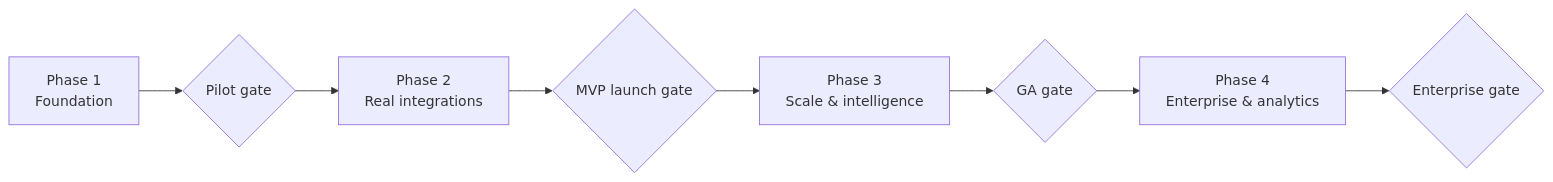
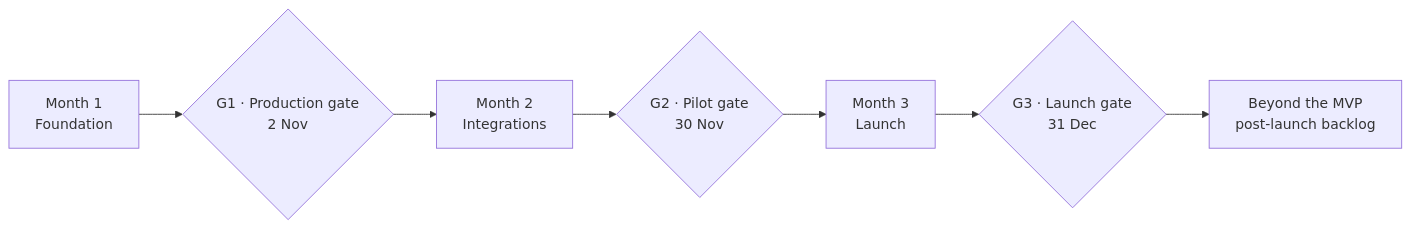
Before and after one commit to adarsh-dev-hs/sell-easy-docs: the second of 2 diagrams in content/docs/roadmap/index.mdx, drawn with Mermaid. The commit also changed other lines of this file and 35 other files, not shown here.

````diff
--- a/content/docs/roadmap/index.mdx
+++ b/content/docs/roadmap/index.mdx
@@ -106,10 +199,9 @@
 ```mermaid
 flowchart LR
-  P1["Phase 1<br/>Foundation"] --> G1{"Pilot gate"}
-  G1 --> P2["Phase 2<br/>Real integrations"]
-  P2 --> G2{"MVP launch gate"}
-  G2 --> P3["Phase 3<br/>Scale & intelligence"]
-  P3 --> G3{"GA gate"}
-  G3 --> P4["Phase 4<br/>Enterprise & analytics"]
-  P4 --> G4{"Enterprise gate"}
+  M1["Month 1<br/>Foundation"] --> G1{"G1 · Production gate<br/>2 Nov"}
+  G1 --> M2["Month 2<br/>Integrations"]
+  M2 --> G2{"G2 · Pilot gate<br/>30 Nov"}
+  G2 --> M3["Month 3<br/>Launch"]
+  M3 --> G3{"G3 · Launch gate<br/>31 Dec"}
+  G3 --> POST["Beyond the MVP<br/>post-launch backlog"]
 ```
````
